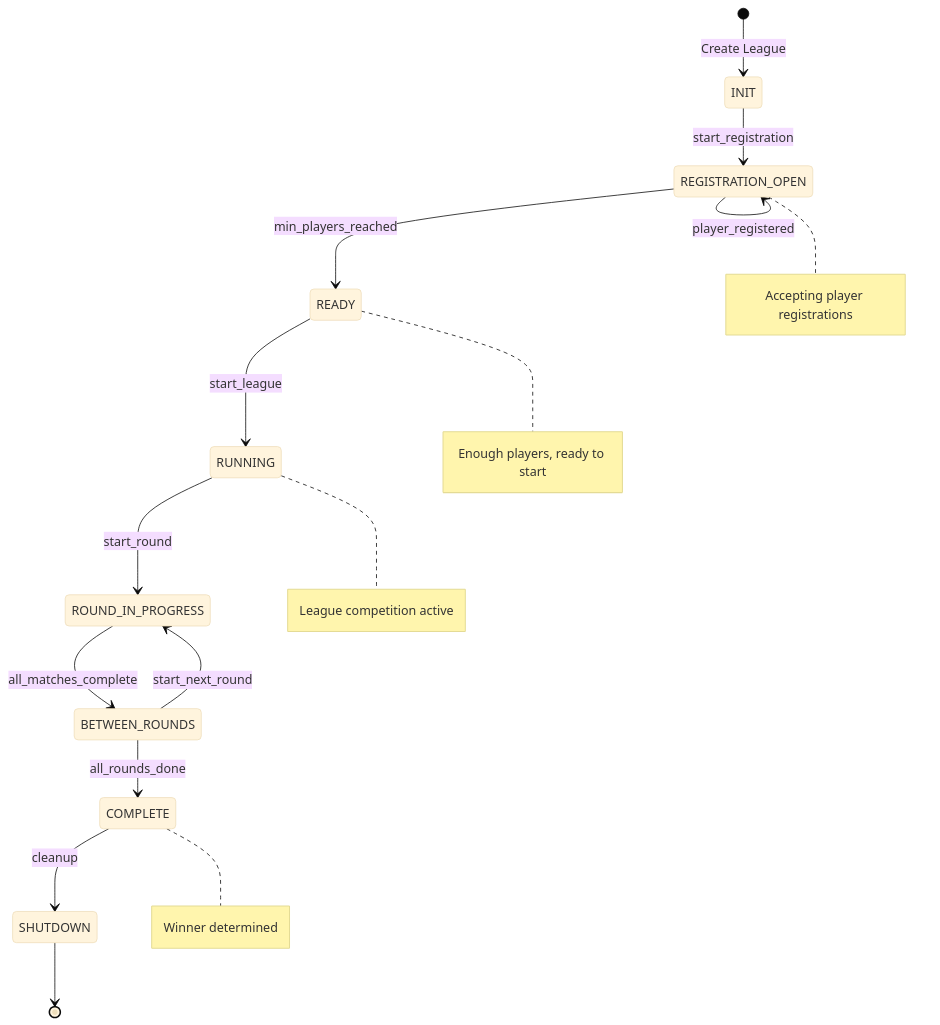
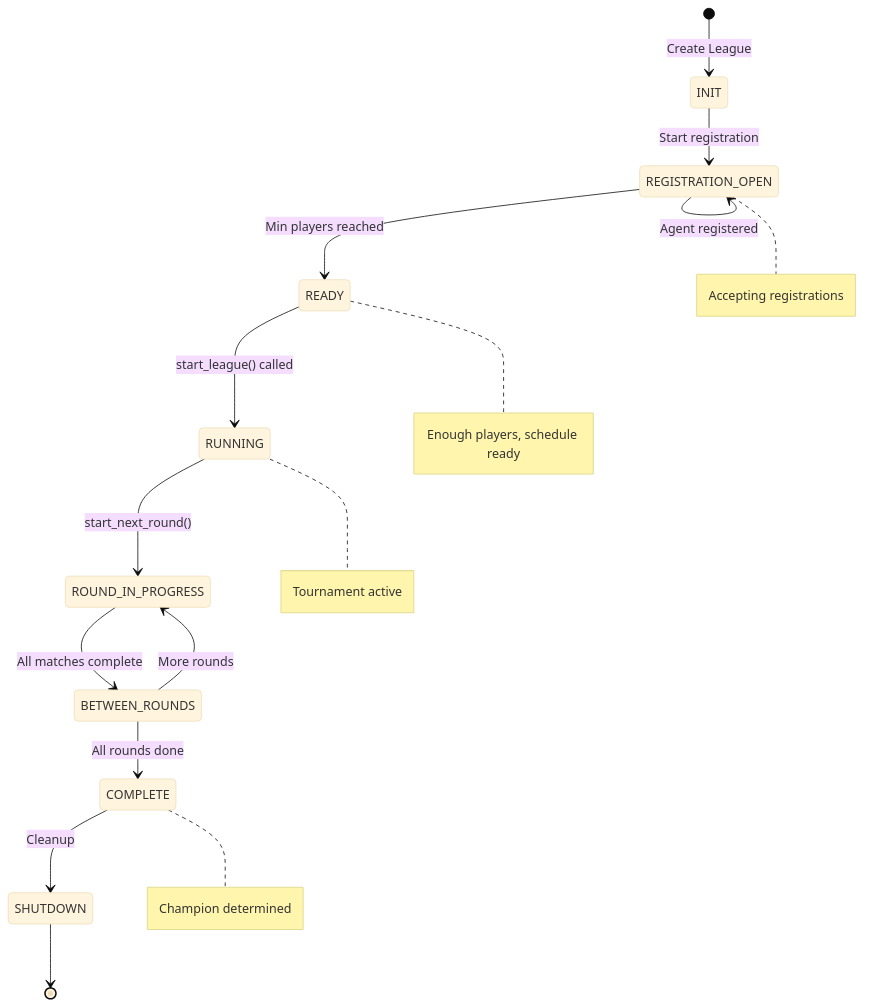
One commit to fouada/Assignment7_mcp-multi-agent-game changed diagram 12 of 14 in README.md. Above: the diagram before and after it, drawn with Mermaid (base theme). The commit also changed other lines of this file and 42 other files, not shown here.

````diff
--- a/README.md
+++ b/README.md
@@ -878,27 +719,27 @@
 ```mermaid
 stateDiagram-v2
     [*] --> INIT: Create League
     
-    INIT --> REGISTRATION_OPEN: start_registration
+    INIT --> REGISTRATION_OPEN: Start registration
     
-    REGISTRATION_OPEN --> READY: min_players_reached
-    REGISTRATION_OPEN --> REGISTRATION_OPEN: player_registered
+    REGISTRATION_OPEN --> READY: Min players reached
+    REGISTRATION_OPEN --> REGISTRATION_OPEN: Agent registered
     
-    READY --> RUNNING: start_league
+    READY --> RUNNING: start_league() called
     
-    RUNNING --> ROUND_IN_PROGRESS: start_round
+    RUNNING --> ROUND_IN_PROGRESS: start_next_round()
     
-    ROUND_IN_PROGRESS --> BETWEEN_ROUNDS: all_matches_complete
+    ROUND_IN_PROGRESS --> BETWEEN_ROUNDS: All matches complete
     
-    BETWEEN_ROUNDS --> ROUND_IN_PROGRESS: start_next_round
-    BETWEEN_ROUNDS --> COMPLETE: all_rounds_done
+    BETWEEN_ROUNDS --> ROUND_IN_PROGRESS: More rounds
+    BETWEEN_ROUNDS --> COMPLETE: All rounds done
     
-    COMPLETE --> SHUTDOWN: cleanup
+    COMPLETE --> SHUTDOWN: Cleanup
     
     SHUTDOWN --> [*]
     
-    note right of REGISTRATION_OPEN: Accepting player registrations
-    note right of READY: Enough players, ready to start
-    note right of RUNNING: League competition active
-    note right of COMPLETE: Winner determined
+    note right of REGISTRATION_OPEN: Accepting registrations
+    note right of READY: Enough players, schedule ready
+    note right of RUNNING: Tournament active
+    note right of COMPLETE: Champion determined
 ```
````
